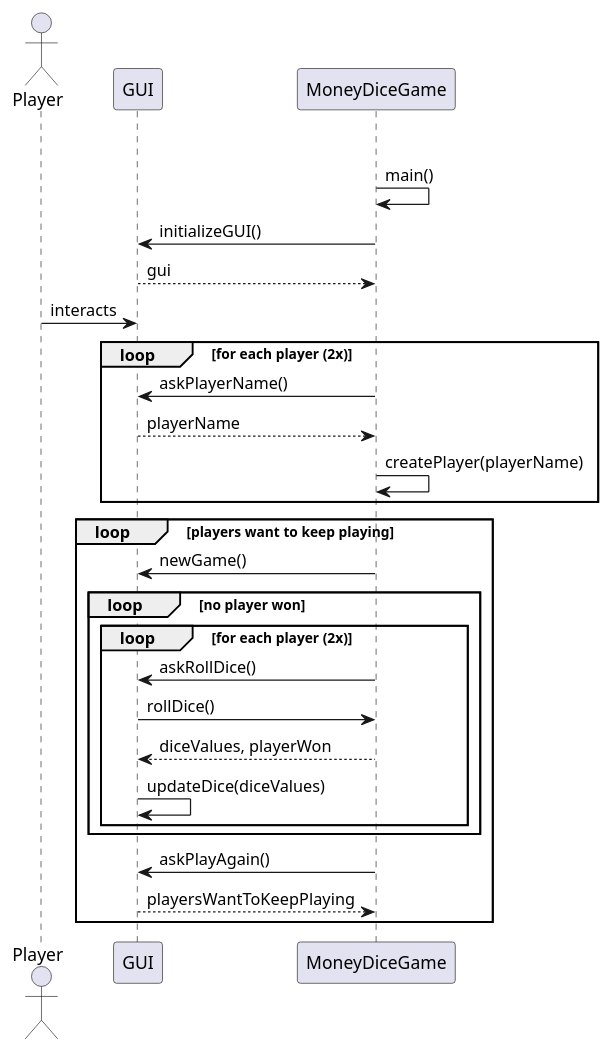
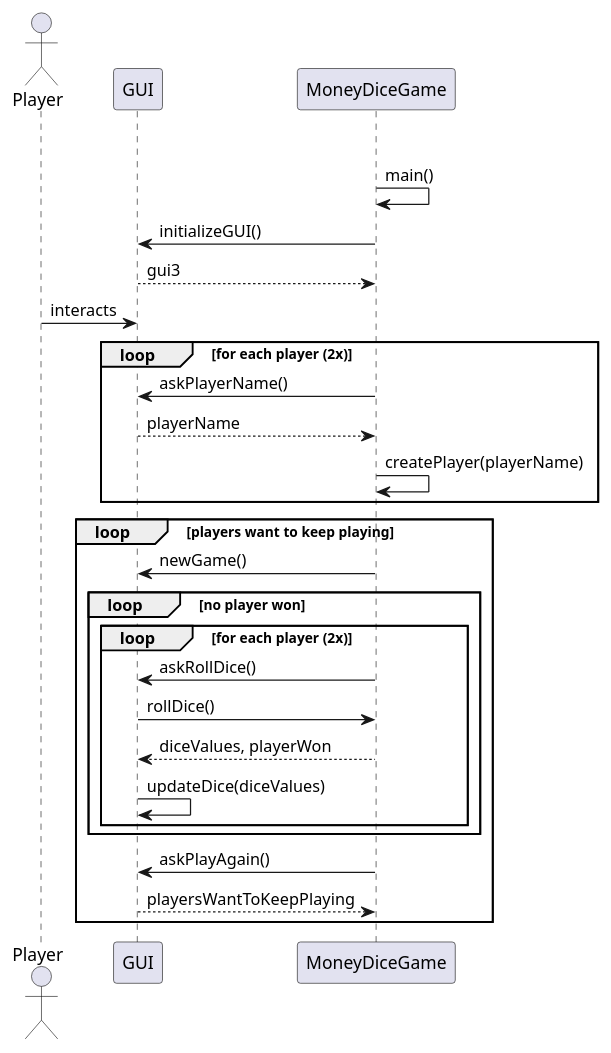
Before and after one commit to DTUSoftware/25_matador_cdio_objects: the diagram in src/main/resources/SystemSequenceDiagram.puml, drawn with PlantUML. The commit also changed 1 other file, not shown here.

Commit message:
fixed the constructer for the die class in die manager, and made it possible to make dice with different dice side than d6 fx d8

```diff
--- a/src/main/resources/SystemSequenceDiagram.puml
+++ b/src/main/resources/SystemSequenceDiagram.puml
@@ -1,34 +1,34 @@
 @startuml
 'https://plantuml.com/sequence-diagram
 
 actor Player
 Player -[hidden]-> GUI
 GUI -[hidden]-> MoneyDiceGame
 
 MoneyDiceGame -> MoneyDiceGame : main()
 
 GUI <- MoneyDiceGame : initializeGUI()
-GUI --> MoneyDiceGame : gui
+GUI --> MoneyDiceGame : gui3
 Player -> GUI : interacts
 
 loop for each player (2x)
     GUI <- MoneyDiceGame : askPlayerName()
     GUI --> MoneyDiceGame : playerName
     MoneyDiceGame -> MoneyDiceGame : createPlayer(playerName)
 end
 
 loop players want to keep playing
     GUI <- MoneyDiceGame : newGame()
     loop no player won
         loop for each player (2x)
             GUI <- MoneyDiceGame : askRollDice()
             GUI -> MoneyDiceGame : rollDice()
             GUI <-- MoneyDiceGame : diceValues, playerWon
             GUI -> GUI : updateDice(diceValues)
         end
     end
     GUI <- MoneyDiceGame : askPlayAgain()
     GUI --> MoneyDiceGame : playersWantToKeepPlaying
 end
 
 @enduml
```
